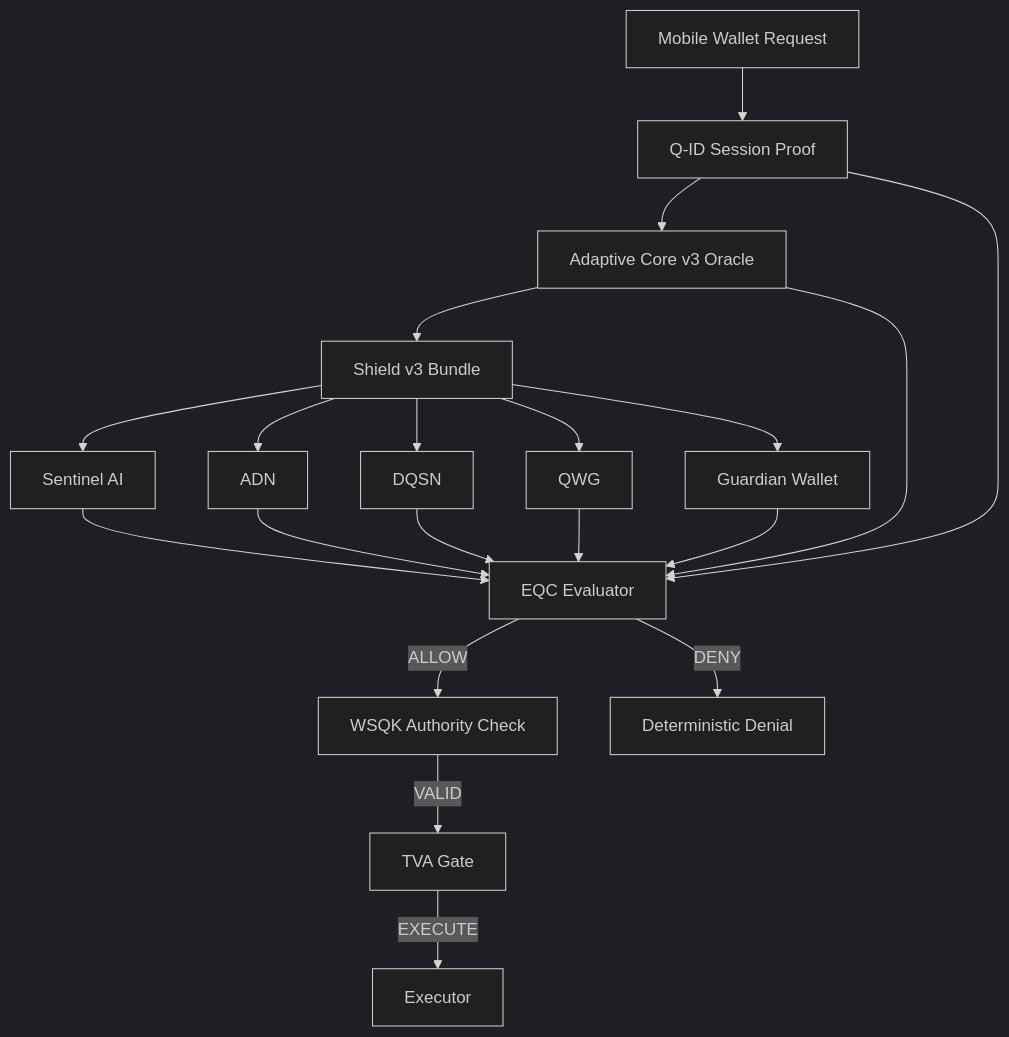
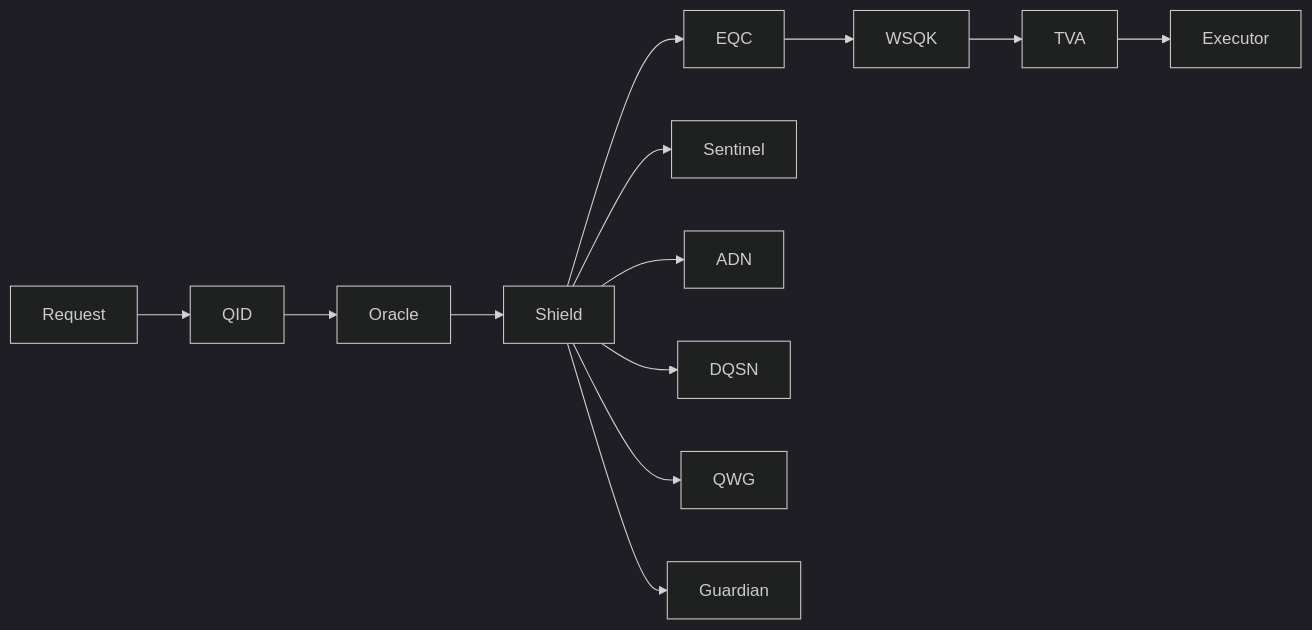
One commit to DarekDGB/DigiByte-AdamantineOS changed the diagram in README.md. Above: the diagram before and after it, drawn with Mermaid (dark theme). The commit also changed other lines of this file, not shown here.

Commit message:
fix mermaid code fence so diagram renders on GitHub ￼

````diff
--- a/README.md
+++ b/README.md
@@ -43,26 +43,16 @@
 ```mermaid
-flowchart TD
-  A[Mobile Wallet Request] --> B[Q-ID Session Proof]
-  B --> C[Adaptive Core v3 Oracle]
-  C --> D[Shield v3 Bundle]
+flowchart LR
+    Request --> QID
+    QID --> Oracle
+    Oracle --> Shield
+    Shield --> EQC
+    EQC --> WSQK
+    WSQK --> TVA
+    TVA --> Executor
 
-  D --> D1[Sentinel AI]
-  D --> D2[ADN]
-  D --> D3[DQSN]
-  D --> D4[QWG]
-  D --> D5[Guardian Wallet]
-
-  D1 --> E[EQC Evaluator]
-  D2 --> E
-  D3 --> E
-  D4 --> E
-  D5 --> E
-  C --> E
-  B --> E
-
-  E -->|ALLOW| F[WSQK Authority Check]
-  F -->|VALID| G[TVA Gate]
-  G -->|EXECUTE| H[Executor]
-
-  E -->|DENY| X[Deterministic Denial]
+    Shield --> Sentinel
+    Shield --> ADN
+    Shield --> DQSN
+    Shield --> QWG
+    Shield --> Guardian
 ```
````
